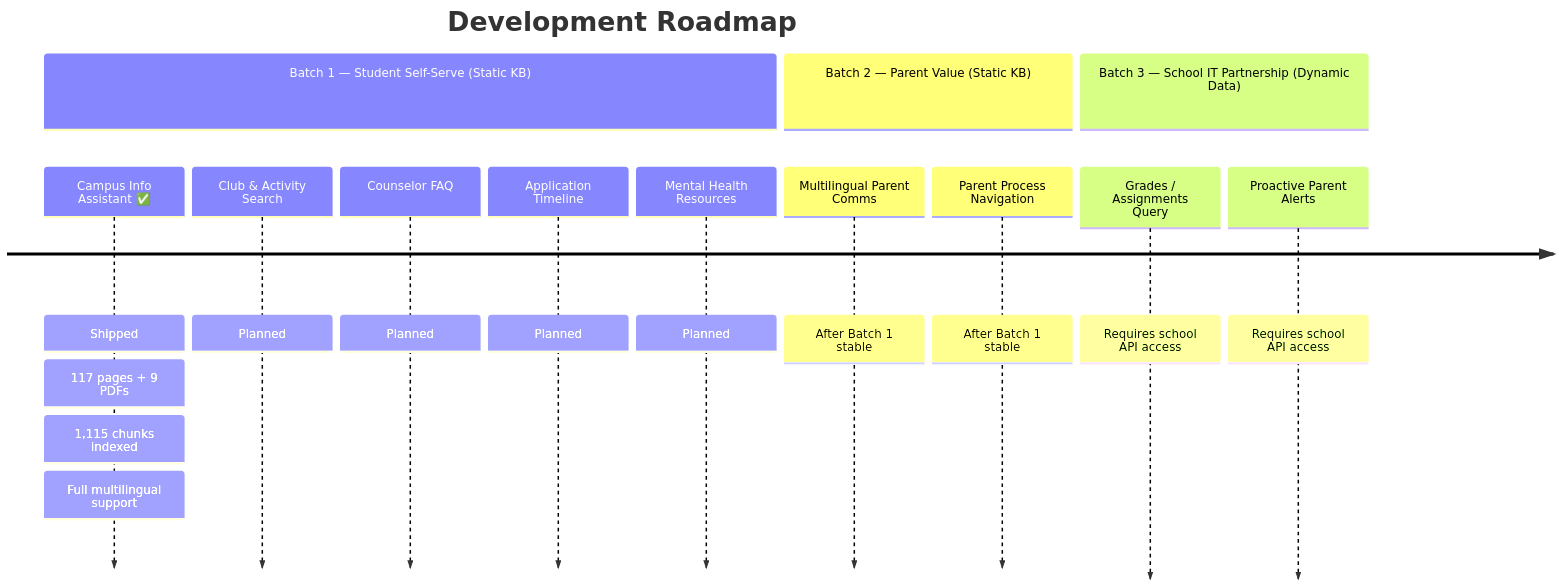
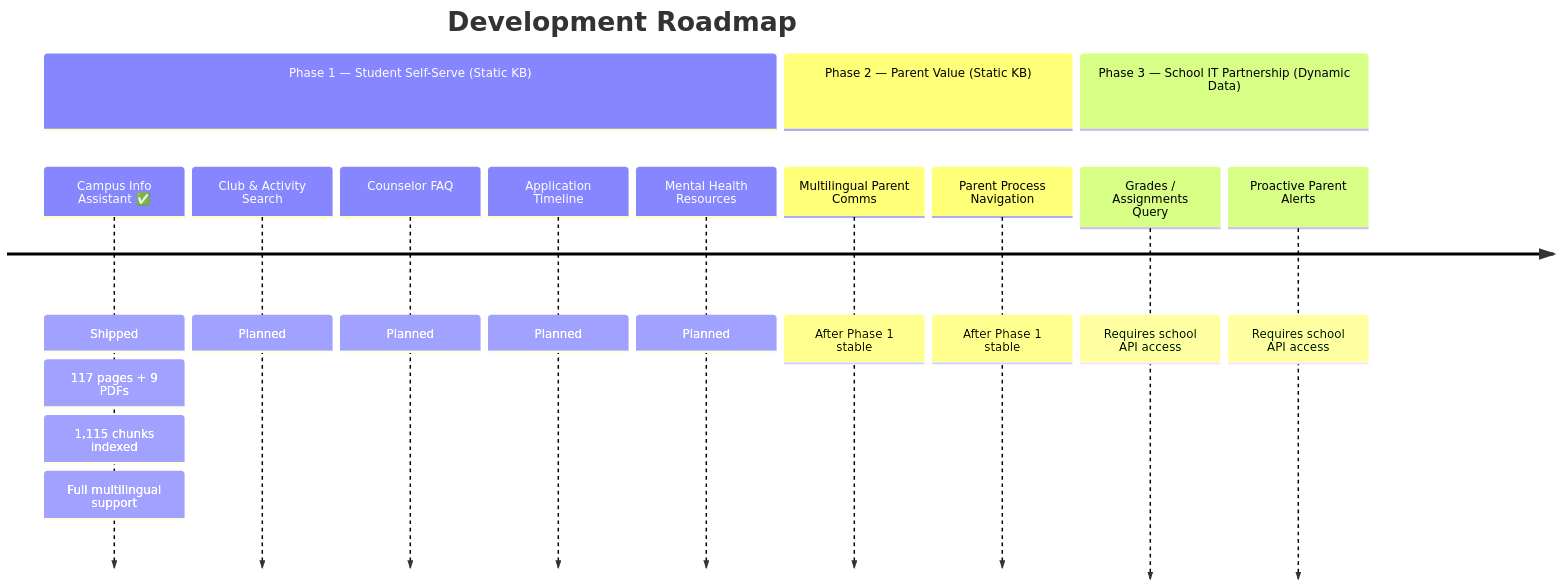
The second of 2 diagrams in docs/roadmap.md (szkangjian/webb-ai), drawn with Mermaid before and after one commit. The commit also changed other lines of this file and 1 other file, not shown here.

Commit message:
Rename Batch → Phase/P in roadmap documents

````diff
--- a/docs/roadmap.md
+++ b/docs/roadmap.md
@@ -33,19 +33,19 @@
 ```mermaid
 timeline
     title Development Roadmap
-    section Batch 1 — Student Self-Serve (Static KB)
+    section Phase 1 — Student Self-Serve (Static KB)
         Campus Info Assistant ✅ : Shipped
                                 : 117 pages + 9 PDFs
                                 : 1,115 chunks indexed
                                 : Full multilingual support
         Club & Activity Search : Planned
         Counselor FAQ          : Planned
         Application Timeline   : Planned
         Mental Health Resources: Planned
-    section Batch 2 — Parent Value (Static KB)
-        Multilingual Parent Comms : After Batch 1 stable
-        Parent Process Navigation : After Batch 1 stable
-    section Batch 3 — School IT Partnership (Dynamic Data)
+    section Phase 2 — Parent Value (Static KB)
+        Multilingual Parent Comms : After Phase 1 stable
+        Parent Process Navigation : After Phase 1 stable
+    section Phase 3 — School IT Partnership (Dynamic Data)
         Grades / Assignments Query : Requires school API access
         Proactive Parent Alerts    : Requires school API access
 ```
````
